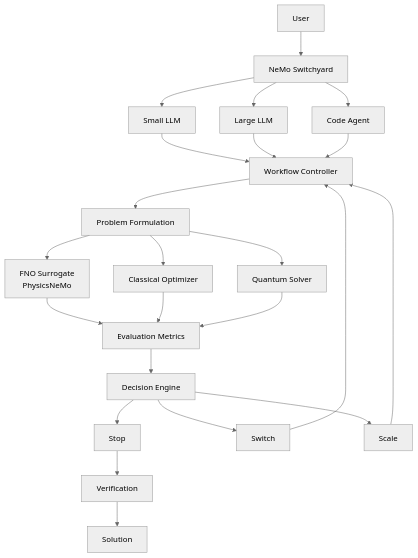
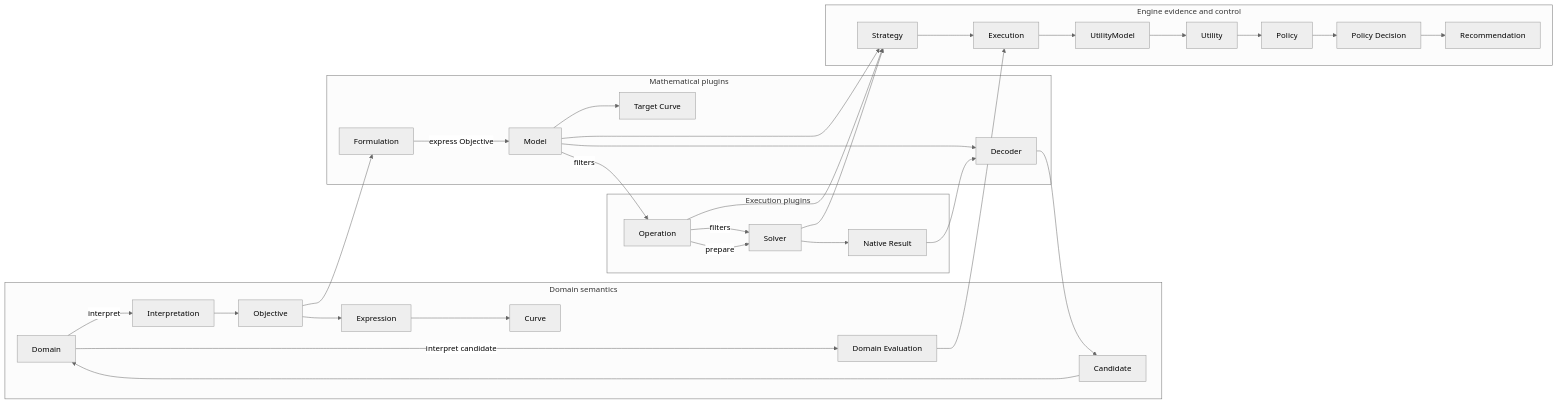
Before and after one commit to chin/hybrid-ai-quantum-platform: the second of 12 diagrams in docs/mermaid-architecture.md, drawn with Mermaid (neutral theme). The commit also changed other lines of this file and 179 other files, not shown here.

````diff
--- a/docs/mermaid-architecture.md
+++ b/docs/mermaid-architecture.md
@@ -7,37 +73,59 @@
 ```mermaid
-flowchart TD
+flowchart LR
+    subgraph DomainSemantics[Domain semantics]
+        D[Domain]
+        I[Interpretation]
+        O[Objective]
+        E[Expression]
+        C[Curve]
+        CAN[Candidate]
+        DE[Domain Evaluation]
 
-    A[User] --> B[NeMo Switchyard]
+        D -->|interpret| I
+        I --> O --> E --> C
+        D -->|interpret candidate| DE
+        CAN --> D
+    end
 
-    B --> C1[Small LLM]
-    B --> C2[Large LLM]
-    B --> C3[Code Agent]
+    subgraph MathematicalPlugins[Mathematical plugins]
+        F[Formulation]
+        M[Model]
+        TC[Target Curve]
+        DEC[Decoder]
 
-    C1 --> D
-    C2 --> D
-    C3 --> D
+        F -->|express Objective| M
+        M --> TC
+        M --> DEC
+    end
 
-    D[Workflow Controller]
+    subgraph ExecutionPlugins[Execution plugins]
+        OP[Operation]
+        S[Solver]
+        NR[Native Result]
 
-    D --> E[Problem Formulation]
+        M -->|filters| OP
+        OP -->|filters| S
+        OP -->|prepare| S
+        S --> NR
+    end
 
-    E --> F[FNO Surrogate<br/>PhysicsNeMo]
-    E --> G[Classical Optimizer]
-    E --> H[Quantum Solver]
+    subgraph EngineEvidence[Engine evidence and control]
+        ST[Strategy]
+        EX[Execution]
+        UM[UtilityModel]
+        U[Utility]
+        P[Policy]
+        PD[Policy Decision]
+        R[Recommendation]
 
-    F --> I[Evaluation Metrics]
-    G --> I
-    H --> I
+        M --> ST
+        OP --> ST
+        S --> ST
+        ST --> EX
+        DE --> EX
+        EX --> UM --> U --> P --> PD --> R
+    end
 
-    I --> J[Decision Engine]
-
-    J --> K[Stop]
-    J --> L[Switch]
-    J --> M[Scale]
-
-    L --> D
-    M --> D
-
-    K --> N[Verification]
-    N --> O[Solution]
+    O --> F
+    NR --> DEC --> CAN
 ```
````
